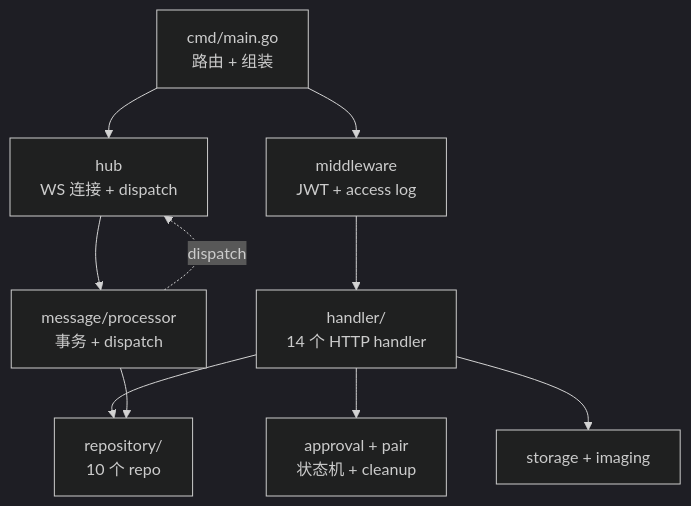
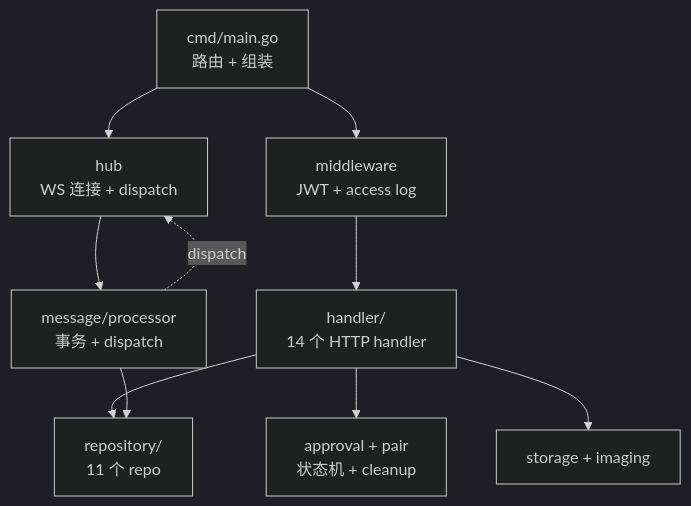
One commit to luoyu318/wanling changed the diagram in server/CLAUDE.md. Above: the diagram before and after it, drawn with Mermaid (dark theme). The commit also changed 13 other files, not shown here.

First line of the commit message:
同步: agent type 注册表全链路文档 + 拓扑图对齐现状

````diff
--- a/server/CLAUDE.md
+++ b/server/CLAUDE.md
@@ -22,19 +22,19 @@
 ```mermaid
 flowchart TB
     MAIN[cmd/main.go<br/>路由 + 组装]
     MW[middleware<br/>JWT + access log]
     HANDLERS[handler/<br/>14 个 HTTP handler]
     HUB[hub<br/>WS 连接 + dispatch]
     PROC[message/processor<br/>事务 + dispatch]
-    REPO[repository/<br/>10 个 repo]
+    REPO[repository/<br/>11 个 repo]
     SVC[approval + pair<br/>状态机 + cleanup]
     STORAGE[storage + imaging]
     
     MAIN --> MW --> HANDLERS
     MAIN --> HUB
     HANDLERS --> REPO
     HANDLERS --> SVC
     HANDLERS --> STORAGE
     HUB --> PROC --> REPO
     PROC -.->|dispatch| HUB
 ```
````
